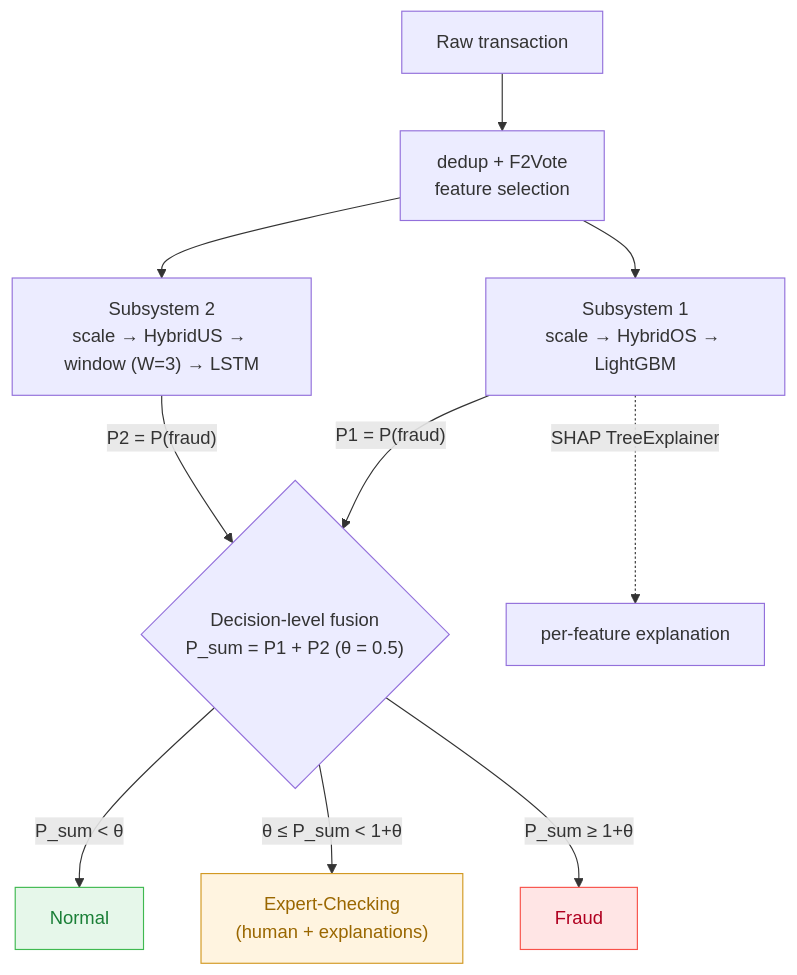
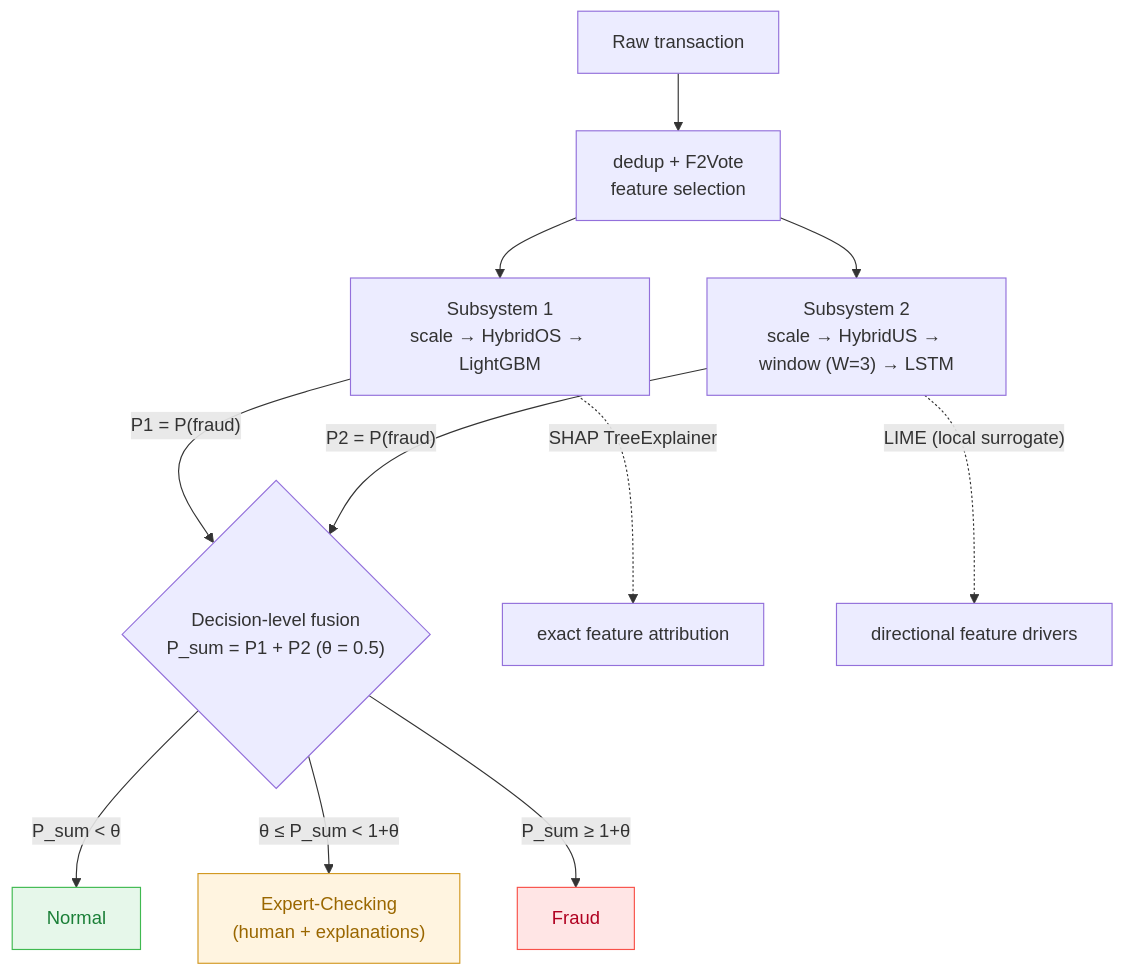
The first of 2 diagrams in README.md (Leonardasvekrikas-source/fraud-detection-system), drawn with Mermaid before and after one commit. The commit also changed other lines of this file and 7 other files, not shown here.

First line of the commit message:
Add full-fusion dual-XAI serving: LSTM (P2) + LIME alongside LightGBM (P1) + SHAP

````diff
--- a/README.md
+++ b/README.md
@@ -128,18 +130,19 @@
 ```mermaid
 flowchart TD
     A["Raw transaction"] --> B["dedup + F2Vote<br/>feature selection"]
     B --> C1["Subsystem 1<br/>scale → HybridOS → LightGBM"]
     B --> C2["Subsystem 2<br/>scale → HybridUS → window (W=3) → LSTM"]
     C1 -- "P1 = P(fraud)" --> F{"Decision-level fusion<br/>P_sum = P1 + P2  (θ = 0.5)"}
     C2 -- "P2 = P(fraud)" --> F
     F -->|"P_sum &lt; θ"| N["Normal"]
     F -->|"θ ≤ P_sum &lt; 1+θ"| E["Expert-Checking<br/>(human + explanations)"]
     F -->|"P_sum ≥ 1+θ"| FR["Fraud"]
-    C1 -. "SHAP TreeExplainer" .-> X["per-feature explanation"]
+    C1 -. "SHAP TreeExplainer" .-> X1["exact feature attribution"]
+    C2 -. "LIME (local surrogate)" .-> X2["directional feature drivers"]
     classDef normal fill:#e6f7ea,stroke:#3fb950,color:#1a7f37;
     classDef fraud fill:#ffe5e5,stroke:#f85149,color:#b00020;
     classDef expert fill:#fff4e0,stroke:#d29922,color:#9a6700;
     class N normal
     class FR fraud
     class E expert
 ```
````
